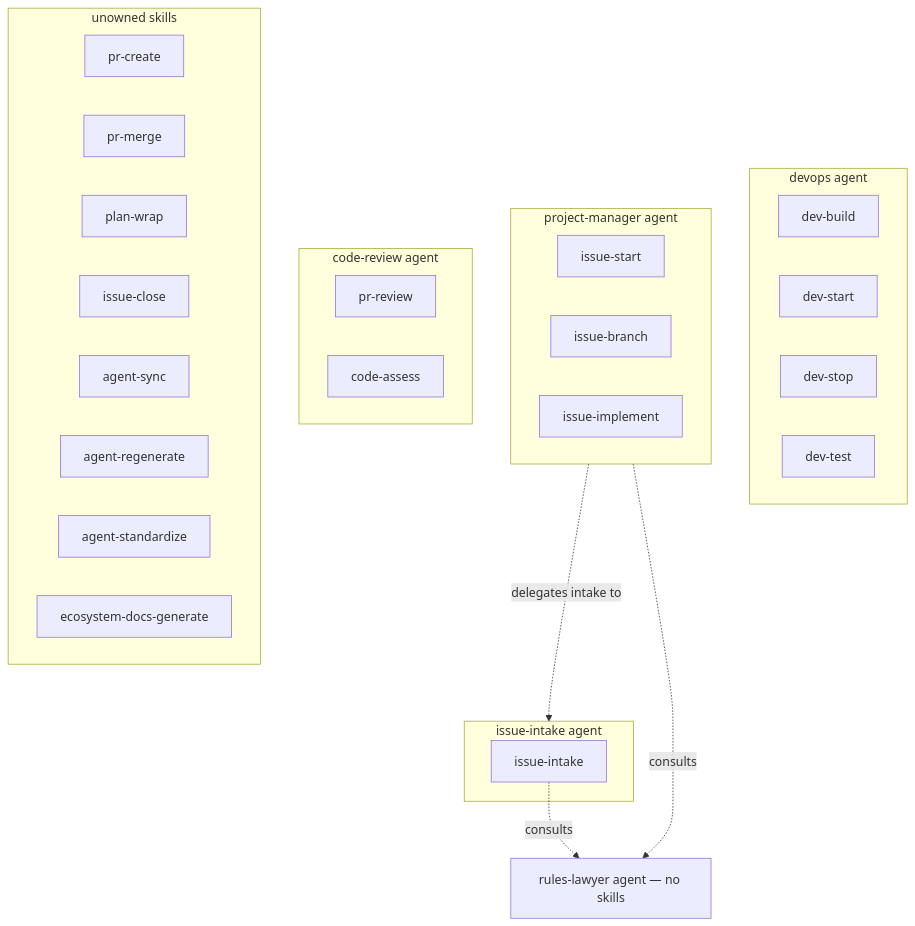
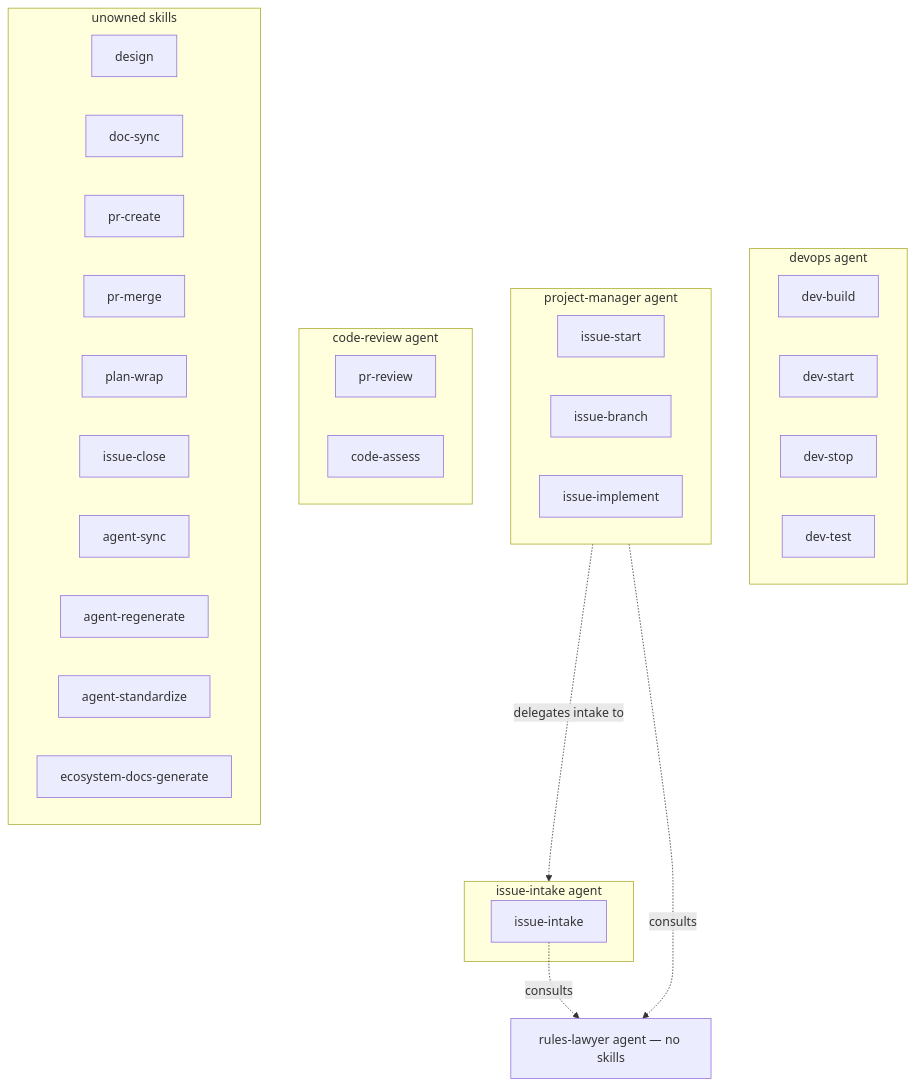
Before and after one commit to ashitaka-emishi/lob-online: the first of 3 diagrams in docs/ecosystem-design.md, drawn with Mermaid. The commit also changed other lines of this file and 20 other files, not shown here.

````diff
--- a/docs/ecosystem-design.md
+++ b/docs/ecosystem-design.md
@@ -44,35 +44,37 @@
 ```mermaid
 graph TD
   subgraph devops[devops agent]
     dev-build
     dev-start
     dev-stop
     dev-test
   end
   subgraph pm[project-manager agent]
     issue-start
     issue-branch
     issue-implement
   end
   subgraph ii[issue-intake agent]
     issue-intake
   end
   subgraph cr[code-review agent]
     pr-review
     code-assess
   end
   rl[rules-lawyer agent — no skills]
   subgraph standalone[unowned skills]
+    design
+    doc-sync
     pr-create
     pr-merge
     plan-wrap
     issue-close
     agent-sync
     agent-regenerate
     agent-standardize
     ecosystem-docs-generate
   end
   issue-intake -.->|consults| rl
   pm -.->|delegates intake to| ii
   pm -.->|consults| rl
 ```
````
